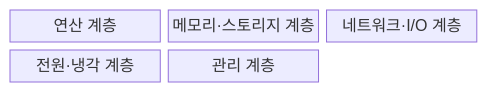
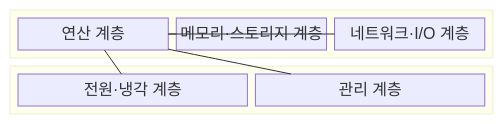
The first of 2 diagrams in src/content/docs/notes/02-hardware/054_data_center_server_architecture.md (agnusdei1207/knowledge-base), drawn with Mermaid before and after one commit. The commit also changed other lines of this file and 20 other files, not shown here.

````diff
--- a/src/content/docs/notes/02-hardware/054_data_center_server_architecture.md
+++ b/src/content/docs/notes/02-hardware/054_data_center_server_architecture.md
@@ -67,9 +67,19 @@
 ```mermaid
-block-beta
-    columns 3
-    C["연산 계층"]
-    M["메모리·스토리지 계층"]
-    N["네트워크·I/O 계층"]
-    P["전원·냉각 계층"]
-    B["관리 계층"]
+block
+    columns 1
+    block:Server
+        columns 3
+        C["연산 계층"]
+        M["메모리·스토리지 계층"]
+        N["네트워크·I/O 계층"]
+    end
+    block:Support
+        columns 2
+        P["전원·냉각 계층"]
+        B["관리 계층"]
+    end
+    C --- M
+    C --- N
+    C --- P
+    C --- B
 ```
````
